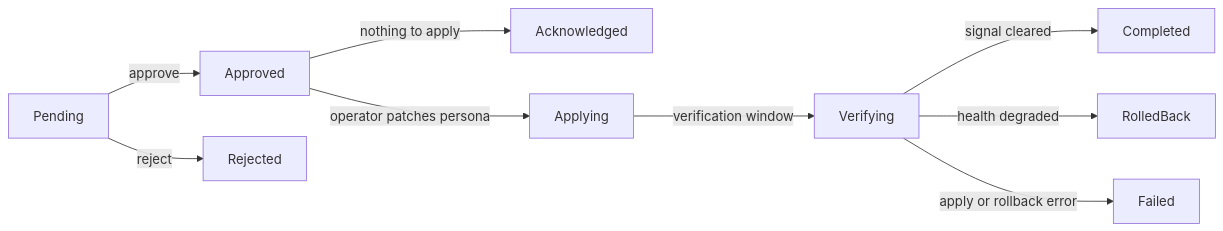
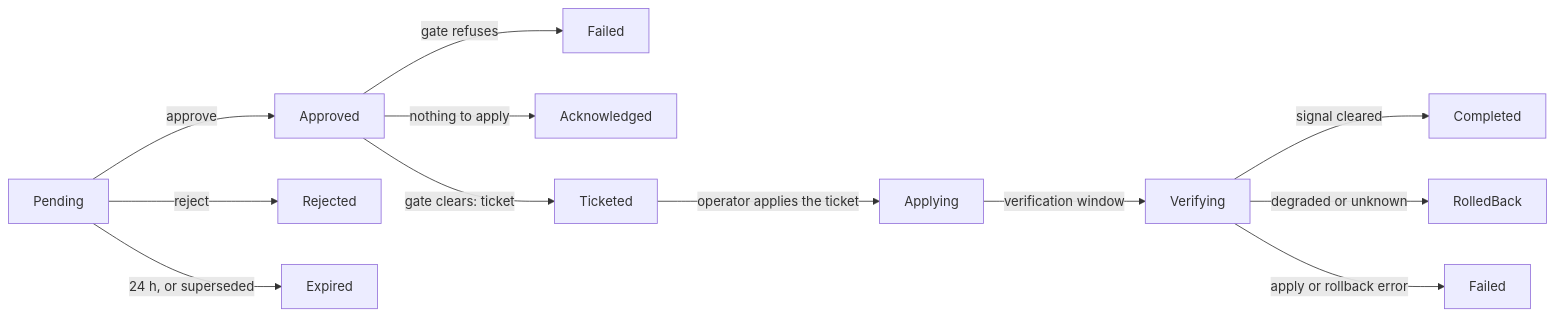
One commit to dorgu-ai/docs changed the diagram in cli/commands/remediation.mdx. Above: the diagram before and after it, drawn with Mermaid. The commit also changed other lines of this file and 23 other files, not shown here.

````diff
--- a/cli/commands/remediation.mdx
+++ b/cli/commands/remediation.mdx
@@ -42,11 +46,14 @@
 ```mermaid
 flowchart LR
     P["Pending"] -->|"approve"| A["Approved"]
     P -->|"reject"| RJ["Rejected"]
+    P -->|"24 h, or superseded"| EX["Expired"]
+    A -->|"gate refuses"| F0["Failed"]
     A -->|"nothing to apply"| AK["Acknowledged"]
-    A -->|"operator patches persona"| AP["Applying"]
+    A -->|"gate clears: ticket"| T["Ticketed"]
+    T -->|"operator applies the ticket"| AP["Applying"]
     AP -->|"verification window"| V["Verifying"]
     V -->|"signal cleared"| C["Completed"]
-    V -->|"health degraded"| RB["RolledBack"]
+    V -->|"degraded or unknown"| RB["RolledBack"]
     V -->|"apply or rollback error"| F["Failed"]
 ```
````
